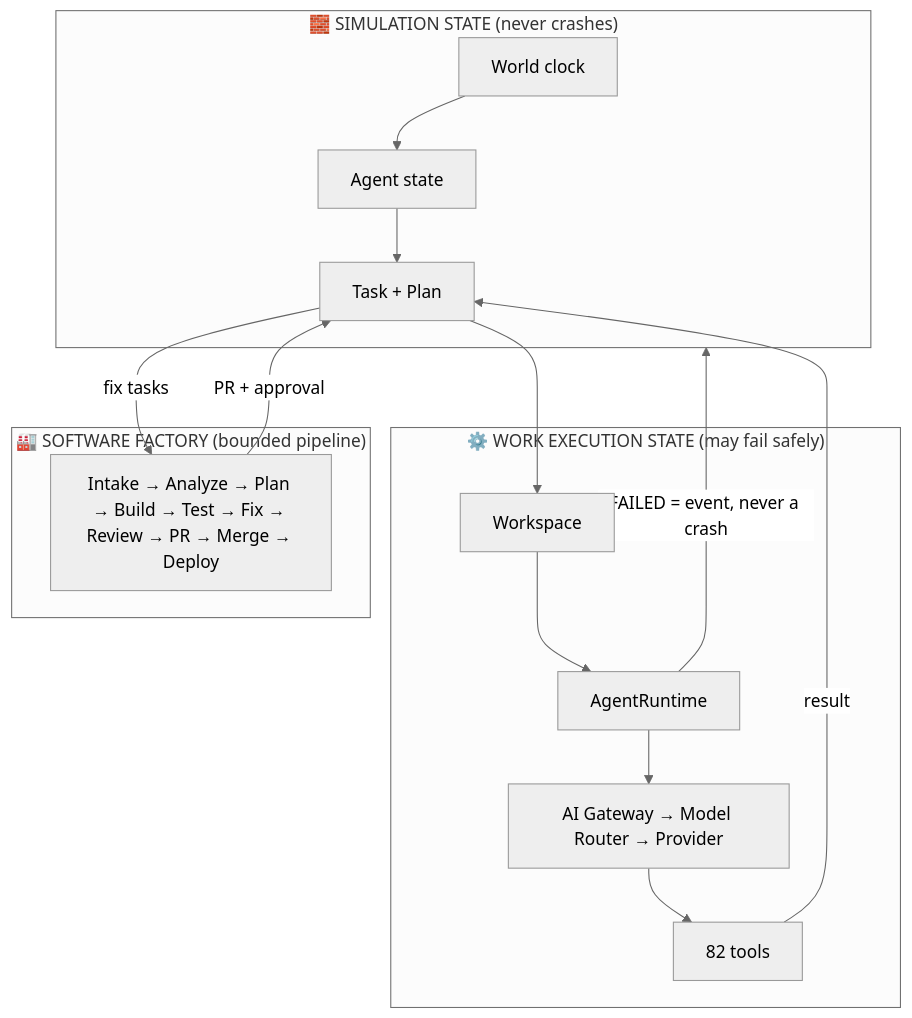
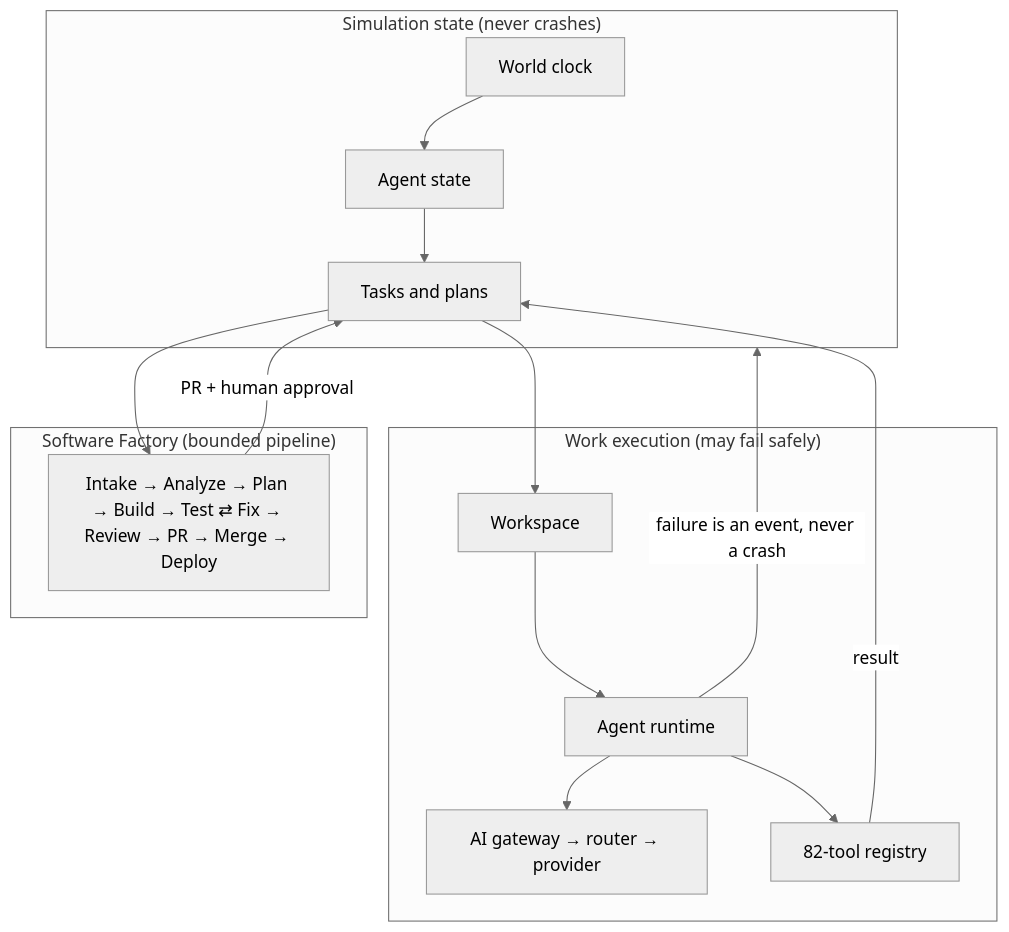
The diagram in README.md (MOT1209/AgentWorld), drawn with Mermaid (neutral theme) before and after one commit. The commit also changed other lines of this file and 1 other file, not shown here.

````diff
--- a/README.md
+++ b/README.md
@@ -34,22 +108,18 @@
 ```mermaid
 flowchart TB
-    subgraph SIM["🧱 SIMULATION STATE (never crashes)"]
-        WORLD[World clock]
-        AGENT[Agent state]
-        TASK[Task + Plan]
+    subgraph SIM["Simulation state (never crashes)"]
+        WORLD[World clock] --> AGENT[Agent state] --> TASK[Tasks and plans]
     end
-    subgraph WORK["⚙️ WORK EXECUTION STATE (may fail safely)"]
-        WS[Workspace]
-        RUN[AgentRuntime]
-        AI[AI Gateway → Model Router → Provider]
-        TOOLS[82 tools]
+    subgraph WORK["Work execution (may fail safely)"]
+        WS[Workspace] --> RUN[Agent runtime] --> GW[AI gateway → router → provider]
+        RUN --> TOOLS[82-tool registry]
     end
-    subgraph FACT["🏭 SOFTWARE FACTORY (bounded pipeline)"]
-        PIPE[Intake → Analyze → Plan → Build → Test → Fix → Review → PR → Merge → Deploy]
+    subgraph FACT["Software Factory (bounded pipeline)"]
+        PIPE[Intake → Analyze → Plan → Build → Test ⇄ Fix → Review → PR → Merge → Deploy]
     end
-    WORLD --> AGENT --> TASK --> WS --> RUN --> AI --> TOOLS
+    TASK --> WS
     TOOLS -->|result| TASK
-    RUN -->|FAILED = event, never a crash| SIM
-    TASK -->|fix tasks| PIPE
-    PIPE -->|PR + approval| TASK
+    RUN -->|failure is an event, never a crash| SIM
+    TASK --> PIPE
+    PIPE -->|PR + human approval| TASK
 ```
````
